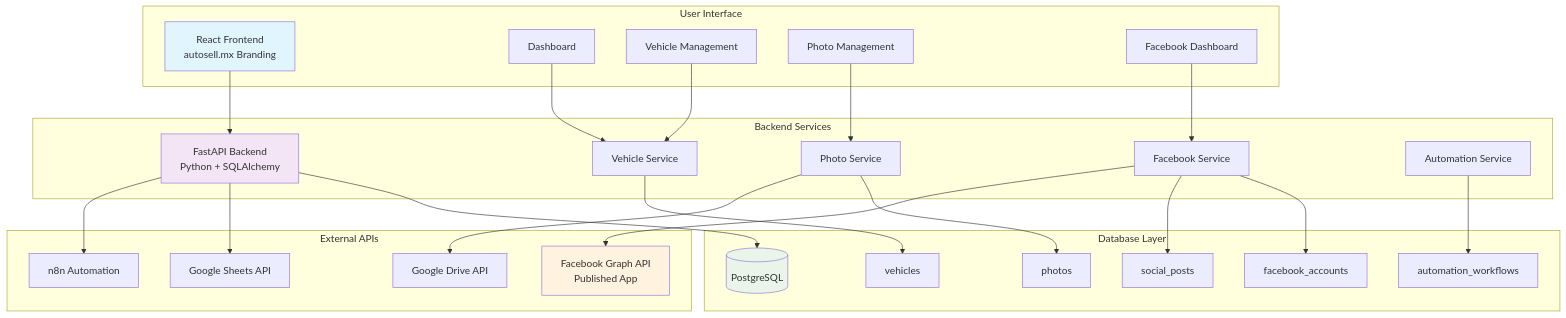
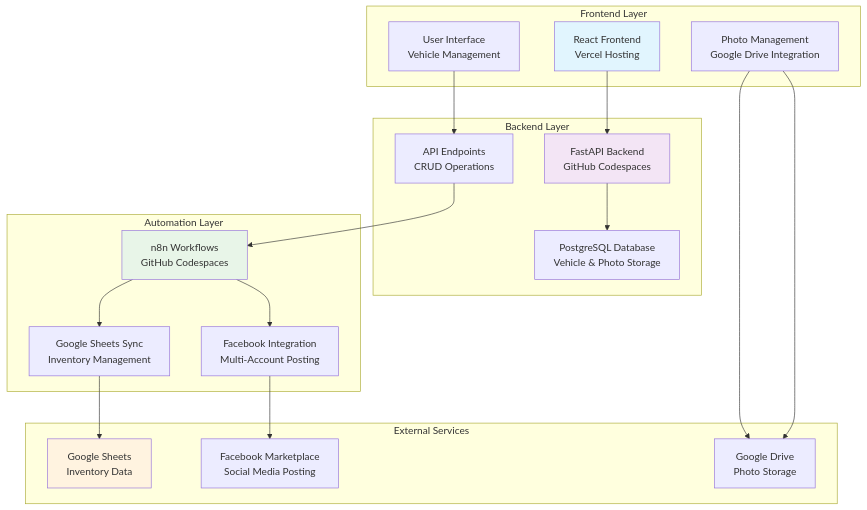
One commit to mg22mex/finalproject-mg changed the first of 11 diagrams in prompts-mg.md. Above: the diagram before and after it, drawn with Mermaid. The commit also changed other lines of this file and 61386 other files, not shown here.

````diff
--- a/prompts-mg.md
+++ b/prompts-mg.md
@@ -276,57 +258,42 @@
 ```mermaid
 graph TB
-    subgraph "User Interface"
-        A[React Frontend<br/>autosell.mx Branding]
-        B[Dashboard]
-        C[Vehicle Management]
-        D[Photo Management]
-        E[Facebook Dashboard]
+    subgraph "Frontend Layer"
+        A[React Frontend<br/>Vercel Hosting]
+        B[User Interface<br/>Vehicle Management]
+        C[Photo Management<br/>Google Drive Integration]
     end
     
-    subgraph "Backend Services"
-        F[FastAPI Backend<br/>Python + SQLAlchemy]
-        G[Vehicle Service]
-        H[Photo Service]
-        I[Facebook Service]
-        J[Automation Service]
+    subgraph "Backend Layer"
+        D[FastAPI Backend<br/>GitHub Codespaces]
+        E[PostgreSQL Database<br/>Vehicle & Photo Storage]
+        F[API Endpoints<br/>CRUD Operations]
     end
     
-    subgraph "Database Layer"
-        K[(PostgreSQL)]
-        L[vehicles]
-        M[photos]
-        N[facebook_accounts]
-        O[social_posts]
-        P[automation_workflows]
+    subgraph "Automation Layer"
+        G[n8n Workflows<br/>GitHub Codespaces]
+        H[Google Sheets Sync<br/>Inventory Management]
+        I[Facebook Integration<br/>Multi-Account Posting]
     end
     
-    subgraph "External APIs"
-        Q[Facebook Graph API<br/>Published App]
-        R[Google Drive API]
-        S[Google Sheets API]
-        T[n8n Automation]
+    subgraph "External Services"
+        J[Google Sheets<br/>Inventory Data]
+        K[Facebook Marketplace<br/>Social Media Posting]
+        L[Google Drive<br/>Photo Storage]
     end
     
-    A --> F
-    B --> G
-    C --> G
-    D --> H
-    E --> I
-    
-    F --> K
-    G --> L
-    H --> M
-    I --> N
-    I --> O
-    J --> P
-    
-    I --> Q
-    H --> R
-    F --> S
-    F --> T
+    A --> D
+    B --> F
+    C --> L
+    D --> E
+    F --> G
+    G --> H
+    G --> I
+    H --> J
+    I --> K
+    C --> L
     
     style A fill:#e1f5fe
-    style F fill:#f3e5f5
-    style K fill:#e8f5e8
-    style Q fill:#fff3e0
+    style D fill:#f3e5f5
+    style G fill:#e8f5e8
+    style J fill:#fff3e0
 ```
````
